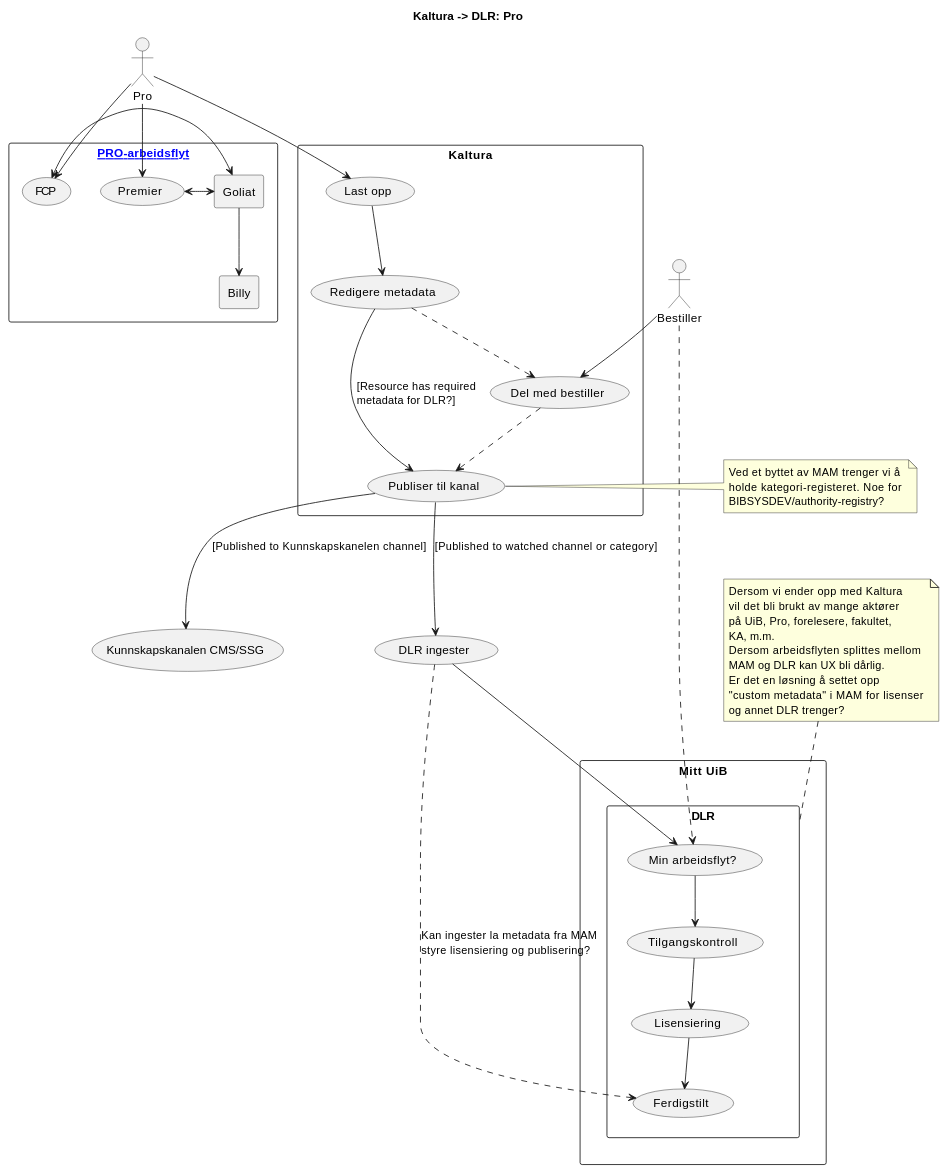
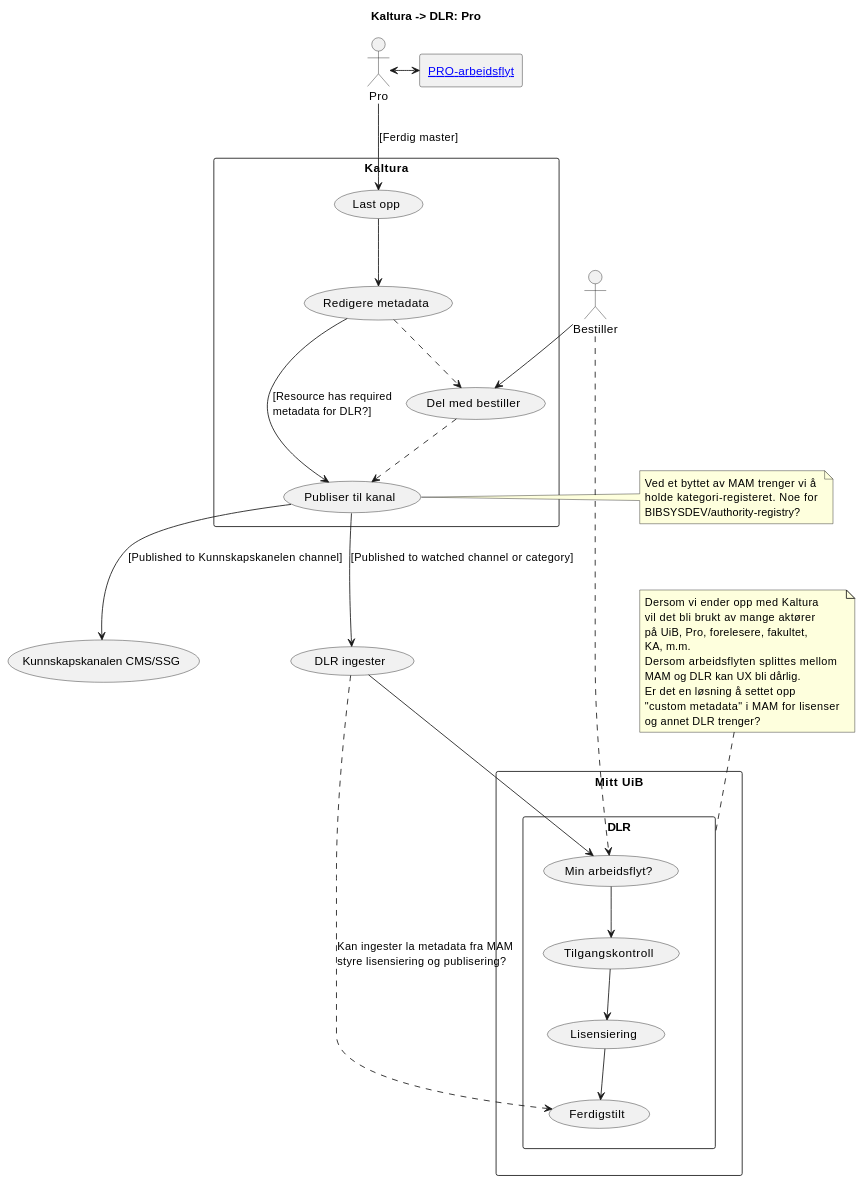
The diagram in src/docs/pro.md (tarjelavik/mam-dlr-architecture), drawn with PlantUML before and after one commit. The commit also changed 2 other files, not shown here.

Commit message:
Improving pro-wf

````diff
--- a/src/docs/pro.md
+++ b/src/docs/pro.md
@@ -6,82 +6,67 @@
 ```plantuml 
 @startuml
 
 title Kaltura -> DLR: Pro
 
-rectangle "[[https://www.uib.no PRO-arbeidsflyt]]" as pro-wf {
+rectangle "[[pro-workflow PRO-arbeidsflyt]]" as prowf {
     
-    (FCP)
-    (Premier)
-
-    rectangle Goliat {
-
-    }
-
-    rectangle Billy {
-
-    }
 }
 
 rectangle Kaltura {
     (Last opp)
     (Redigere metadata) as metadata
     (Del med bestiller)
     (Publiser til kanal) as channel
 }
 
 rectangle "Mitt UiB" as mittuib {
     rectangle DLR {
         (Min arbeidsflyt?) as wf
         (Tilgangskontroll) as access
         (Lisensiering) as license
         (Ferdigstilt) as embed
     }
 }
 
 :Pro:
 :Bestiller:
 
 Bestiller --> (Del med bestiller)
 Bestiller ..> wf
 
-Pro --> (FCP)
-(FCP) <-> Goliat
-Pro --> (Premier)
-(Premier) <-> Goliat
+Pro <-> prowf
 
-Goliat --> Billy
-
-Pro --> (Last opp)
+Pro --> (Last opp) : "[Ferdig master]"
 (Last opp) --> metadata
 metadata ..> (Del med bestiller)
 (Del med bestiller) ..> channel
 metadata --> channel : "[Resource has required\lmetadata for DLR?]"
 
 channel --> (DLR ingester) : "[Published to watched channel or category]"
 channel --> (Kunnskapskanalen CMS/SSG) : "[Published to Kunnskapskanelen channel]"
 (DLR ingester) --> wf
 (DLR ingester) ..> embed : "Kan ingester la metadata fra MAM\lstyre lisensiering og publisering?"
 
 wf --> access
 access --> license
 license --> embed
 
 note top of DLR 
     Dersom vi ender opp med Kaltura
     vil det bli brukt av mange aktører
     på UiB, Pro, forelesere, fakultet,
     KA, m.m.
     Dersom arbeidsflyten splittes mellom
     MAM og DLR kan UX bli dårlig.
     Er det en løsning å settet opp 
     "custom metadata" i MAM for lisenser 
     og annet DLR trenger?
 end note
 
 note left of channel
     Ved et byttet av MAM trenger vi å
     holde kategori-registeret. Noe for 
     BIBSYSDEV/authority-registry?
 end note
 @enduml
 ```
````
